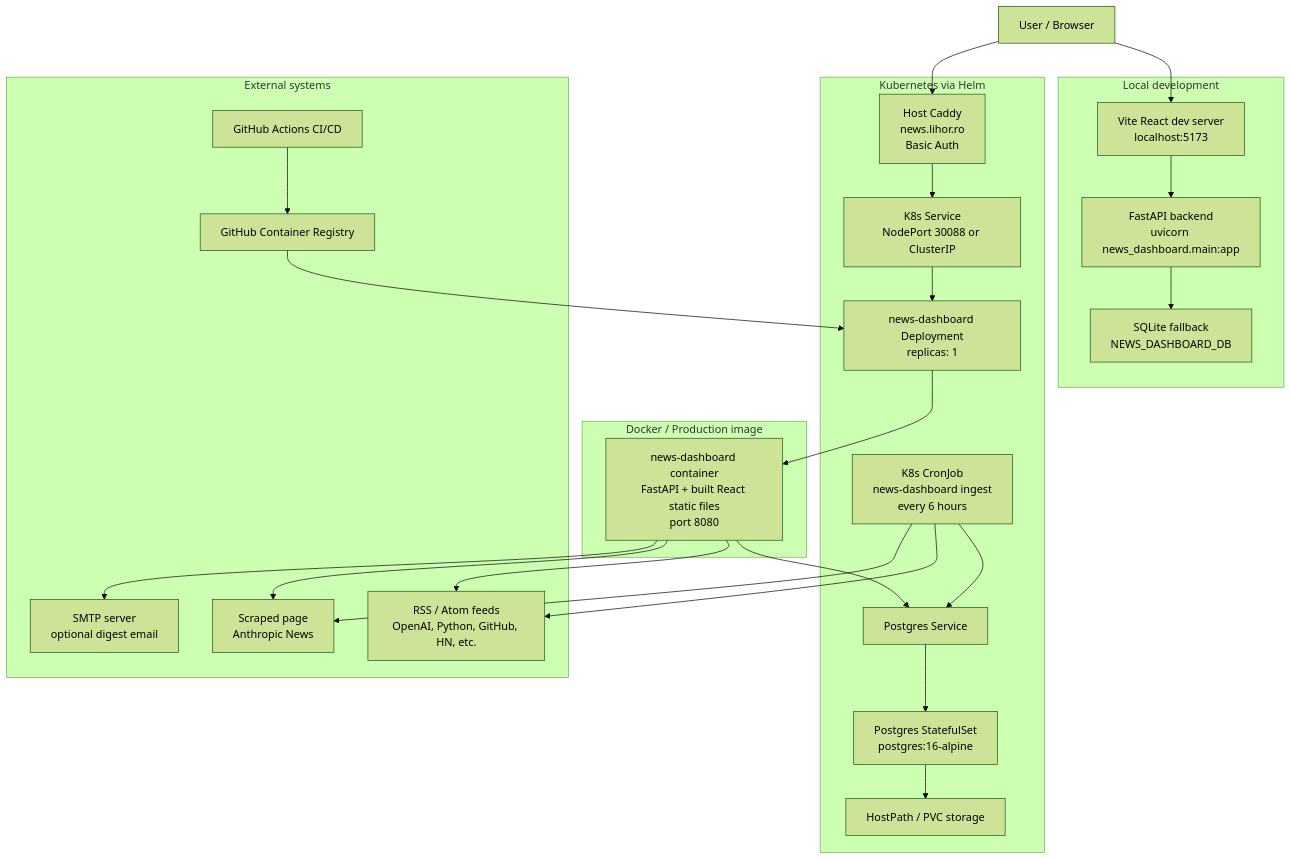
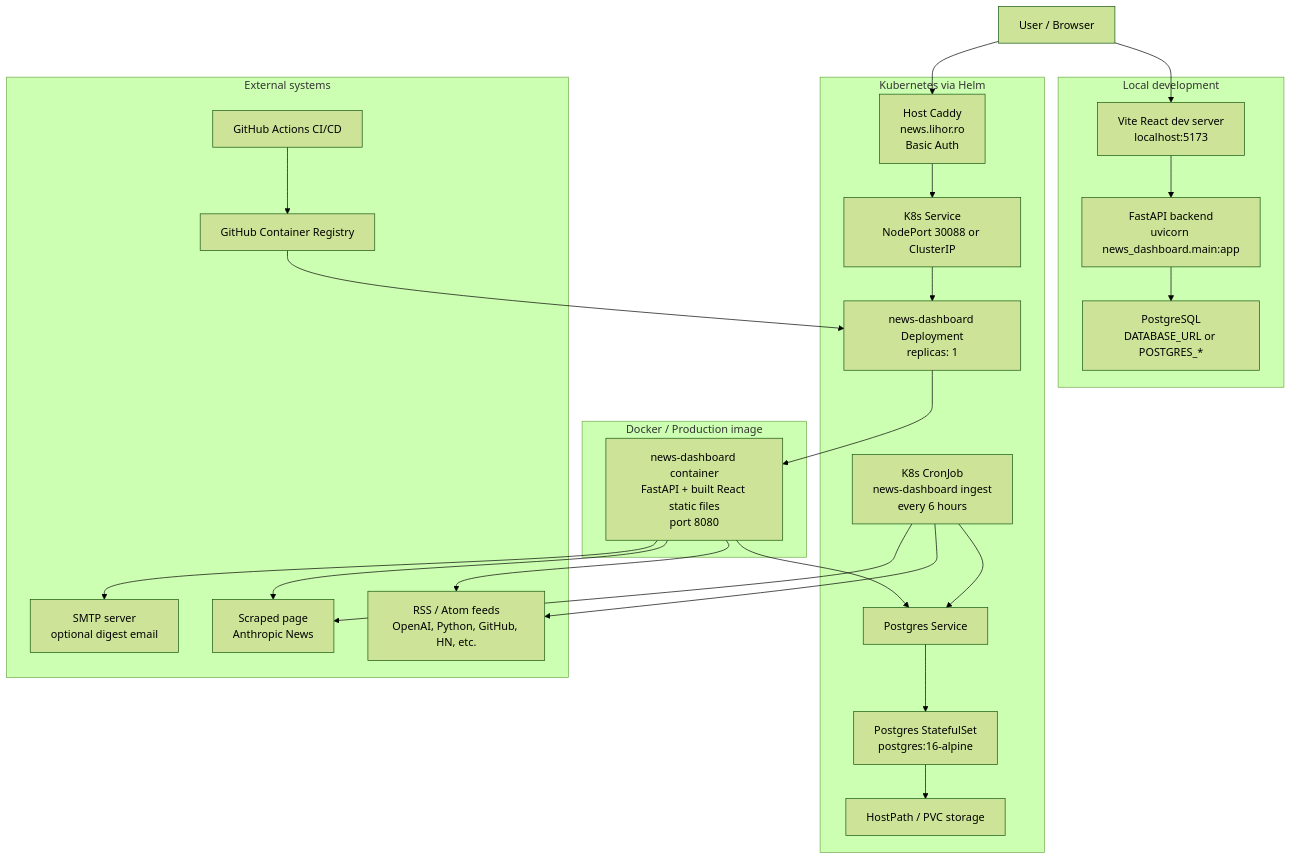
One commit to lihor-hub/news-dashboard changed the first of 5 diagrams in docs/ARCHITECTURE.md. Above: the diagram before and after it, drawn with Mermaid (forest theme). The commit also changed other lines of this file and 28 other files, not shown here.

Commit message:
refactor database layer for postgres only

````diff
--- a/docs/ARCHITECTURE.md
+++ b/docs/ARCHITECTURE.md
@@ -23,50 +23,50 @@
 ```mermaid
 flowchart TB
   User["User / Browser"]
 
   subgraph LocalDev["Local development"]
     Vite["Vite React dev server<br/>localhost:5173"]
     FastAPIDev["FastAPI backend<br/>uvicorn news_dashboard.main:app"]
-    SQLite["SQLite fallback<br/>NEWS_DASHBOARD_DB"]
+    PostgresDev["PostgreSQL<br/>DATABASE_URL or POSTGRES_*"]
   end
 
   subgraph Container["Docker / Production image"]
     App["news-dashboard container<br/>FastAPI + built React static files<br/>port 8080"]
   end
 
   subgraph Kubernetes["Kubernetes via Helm"]
     Caddy["Host Caddy<br/>news.lihor.ro<br/>Basic Auth"]
     Service["K8s Service<br/>NodePort 30088 or ClusterIP"]
     Deployment["news-dashboard Deployment<br/>replicas: 1"]
     CronJob["K8s CronJob<br/>news-dashboard ingest<br/>every 6 hours"]
     PostgresSvc["Postgres Service"]
     Postgres["Postgres StatefulSet<br/>postgres:16-alpine"]
     PVC["HostPath / PVC storage"]
   end
 
   subgraph External["External systems"]
     Feeds["RSS / Atom feeds<br/>OpenAI, Python, GitHub, HN, etc."]
     Scraped["Scraped page<br/>Anthropic News"]
     SMTP["SMTP server<br/>optional digest email"]
     GHCR["GitHub Container Registry"]
     Actions["GitHub Actions CI/CD"]
   end
 
   User --> Vite
   Vite --> FastAPIDev
-  FastAPIDev --> SQLite
+  FastAPIDev --> PostgresDev
 
   User --> Caddy --> Service --> Deployment
   Deployment --> App
   App --> PostgresSvc --> Postgres --> PVC
   CronJob --> PostgresSvc
   CronJob --> Feeds
   CronJob --> Scraped
 
   App --> Feeds
   App --> Scraped
   App --> SMTP
 
   Actions --> GHCR
   GHCR --> Deployment
 ```
````
